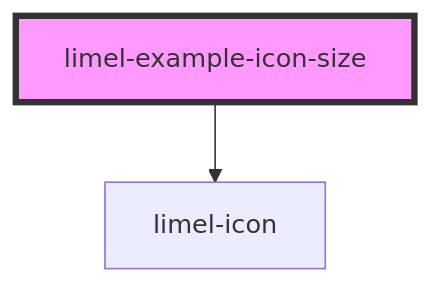
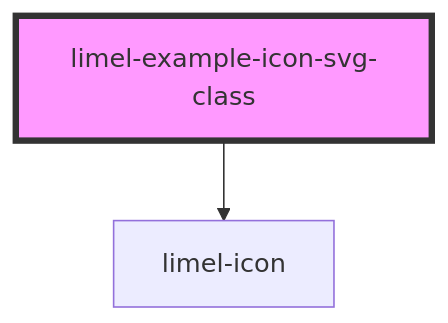
Before and after one commit to Lundalogik/lime-elements: the diagram in versions/PR-4082/markdown-docs/components/icon/examples/readme.md, drawn with Mermaid. The commit also changed other lines of this file and 528 other files, not shown here.

````diff
--- a/versions/PR-4082/markdown-docs/components/icon/examples/readme.md
+++ b/versions/PR-4082/markdown-docs/components/icon/examples/readme.md
@@ -21,5 +51,5 @@
 ```mermaid
 graph TD;
-  limel-example-icon-size --> limel-icon
-  style limel-example-icon-size fill:#f9f,stroke:#333,stroke-width:4px
+  limel-example-icon-svg-class --> limel-icon
+  style limel-example-icon-svg-class fill:#f9f,stroke:#333,stroke-width:4px
 ```
````
